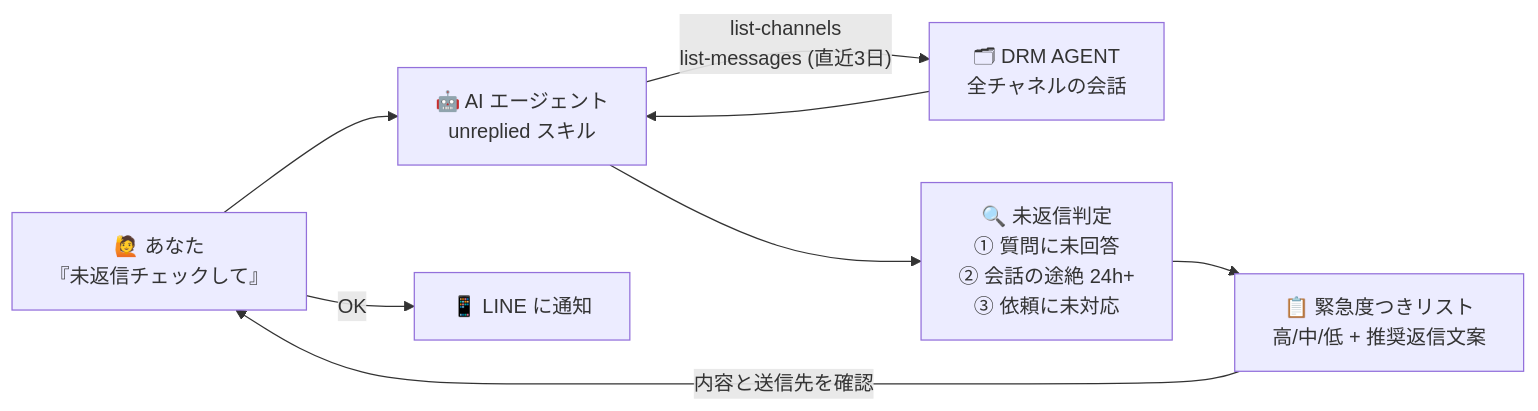
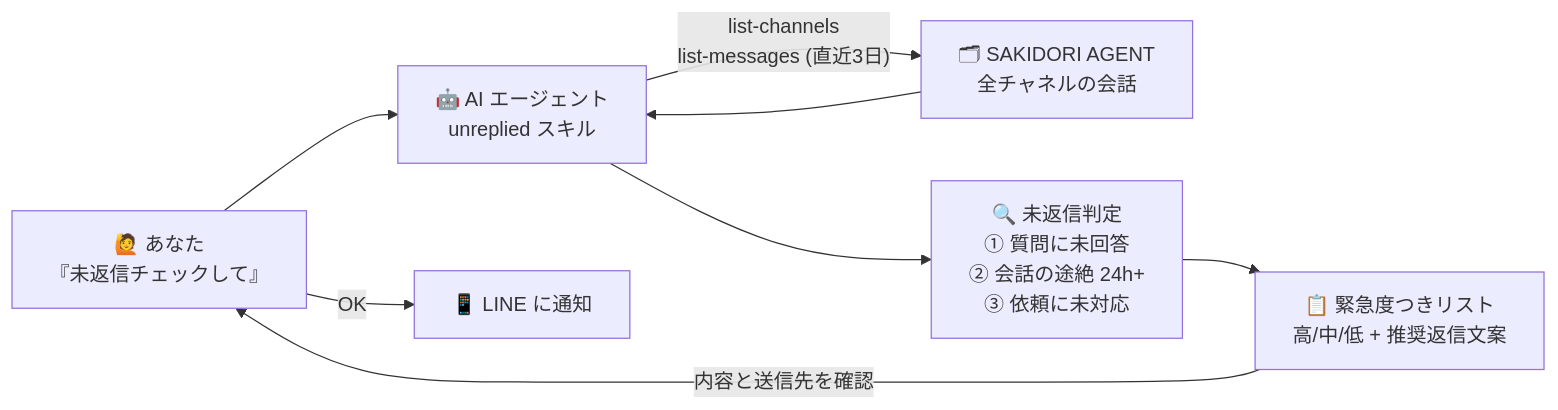
One commit to line-ec-lea/drm-agent-skills changed the third of 4 diagrams in examples/skill-flows.md. Above: the diagram before and after it, drawn with Mermaid. The commit also changed other lines of this file and 11 other files, not shown here.

First line of the commit message:
docs: サービス名を SAKIDORI AGENT に変更する

````diff
--- a/examples/skill-flows.md
+++ b/examples/skill-flows.md
@@ -90,10 +90,10 @@
 ```mermaid
 flowchart LR
     U["🙋 あなた<br/>『未返信チェックして』"] --> B["🤖 AI エージェント<br/>unreplied スキル"]
-    B -- "list-channels<br/>list-messages (直近3日)" --> D["🗂 DRM AGENT<br/>全チャネルの会話"]
+    B -- "list-channels<br/>list-messages (直近3日)" --> D["🗂 SAKIDORI AGENT<br/>全チャネルの会話"]
     D --> B
     B --> E["🔍 未返信判定<br/>① 質問に未回答<br/>② 会話の途絶 24h+<br/>③ 依頼に未対応"]
     E --> F["📋 緊急度つきリスト<br/>高/中/低 + 推奨返信文案"]
     F -- "内容と送信先を確認" --> U
     U -- "OK" --> G["📱 LINE に通知"]
 ```
````
